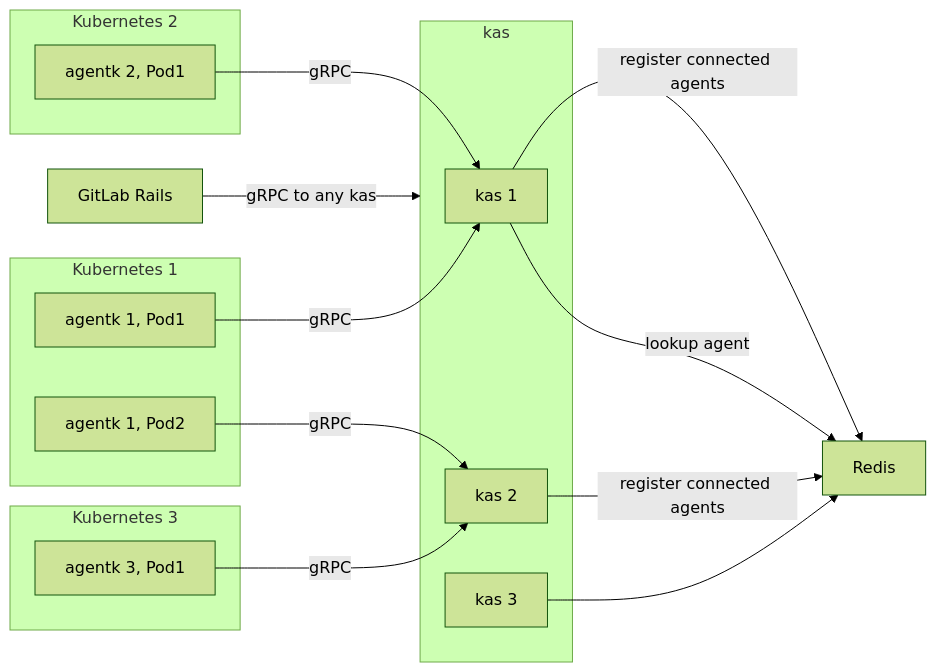
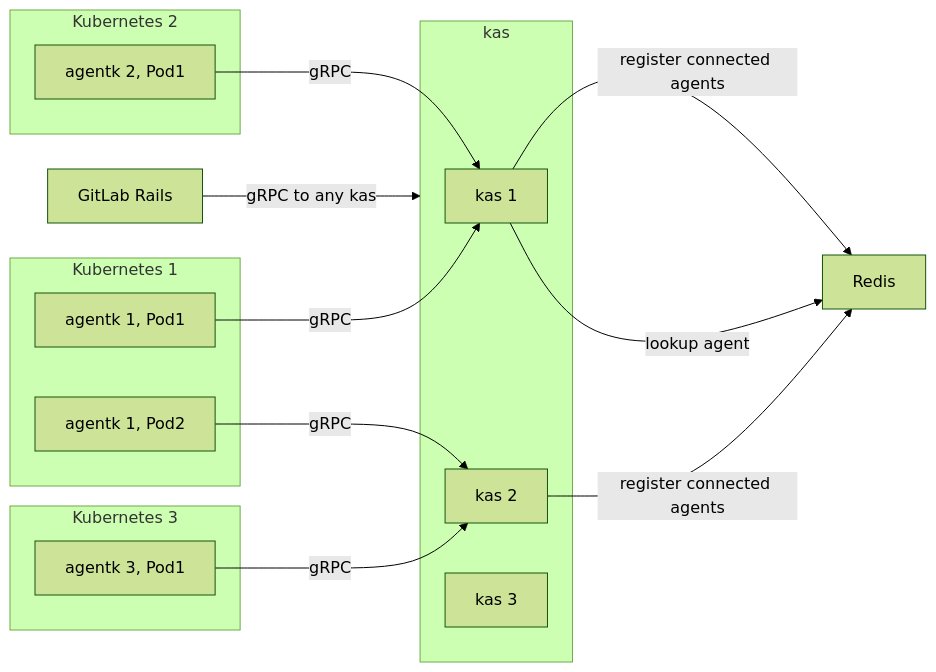
One commit to abaer123/gitlab-agent changed the first of 2 diagrams in doc/kas_request_routing.md. Above: the diagram before and after it, drawn with Mermaid (forest theme).

Commit message:
Remove kas3 link

````diff
--- a/doc/kas_request_routing.md
+++ b/doc/kas_request_routing.md
@@ -19,35 +19,34 @@
 ```mermaid
 flowchart LR
   subgraph "Kubernetes 1"
     agentk1p1["agentk 1, Pod1"]
     agentk1p2["agentk 1, Pod2"]
   end
 
   subgraph "Kubernetes 2"
     agentk2p1["agentk 2, Pod1"]
   end
 
   subgraph "Kubernetes 3"
     agentk3p1["agentk 3, Pod1"]
   end
 
   subgraph kas
     kas1["kas 1"]
     kas2["kas 2"]
     kas3["kas 3"]
   end
 
   GitLab["GitLab Rails"]
   Redis
 
   GitLab -- "gRPC to any kas" --> kas
   kas1 -- register connected agents --> Redis
   kas2 -- register connected agents --> Redis
   kas1 -- lookup agent --> Redis
-  kas3 --> Redis
 
   agentk1p1 -- "gRPC" --> kas1
   agentk1p2 -- "gRPC" --> kas2
   agentk2p1 -- "gRPC" --> kas1
   agentk3p1 -- "gRPC" --> kas2
 ```
````
